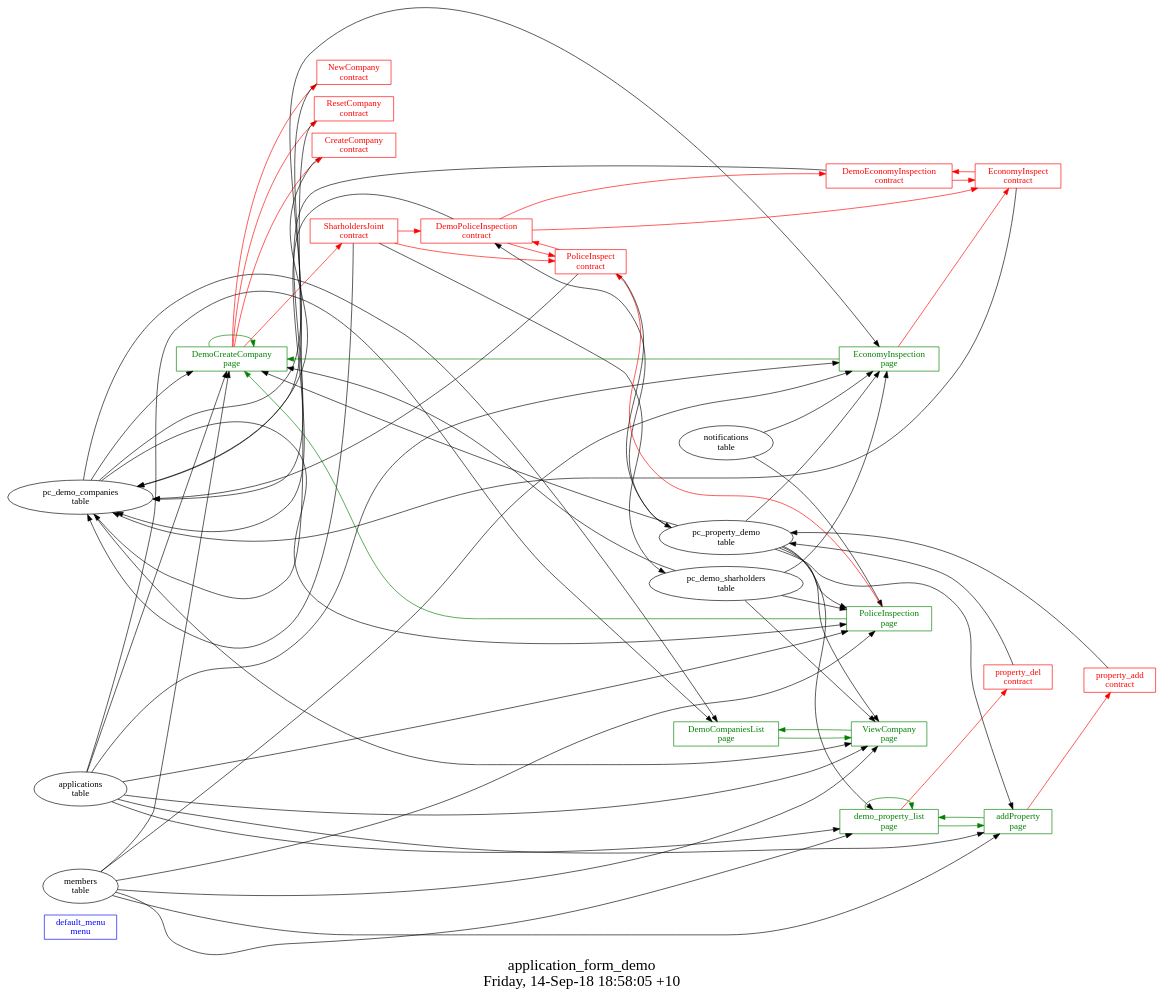
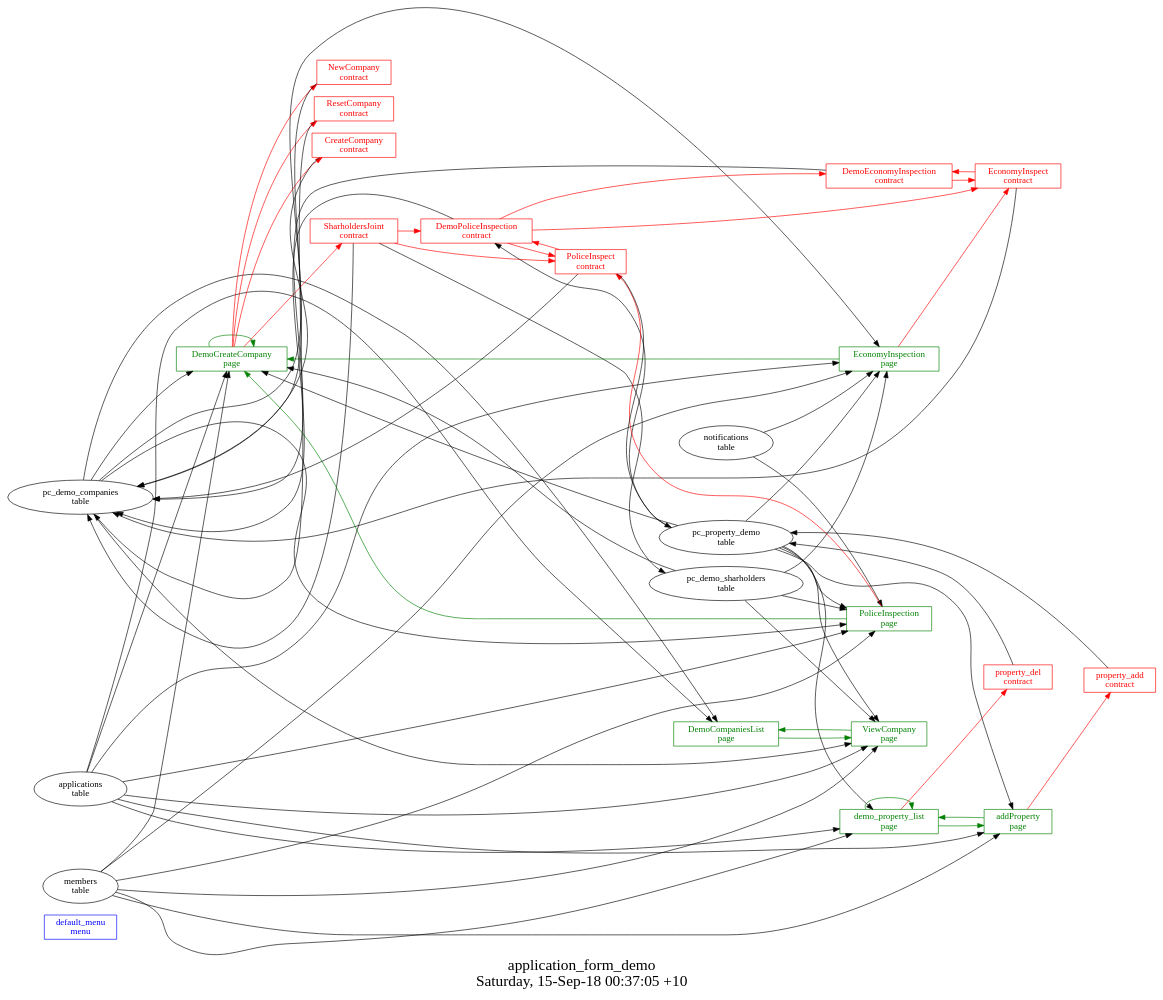
One commit to AplaProject/apps changed the diagram in quick-start-apps/application_form_demo/struct.dot. Above: the diagram before and after it, drawn with Graphviz. The commit also changed 25 other files, not shown here.

```diff
--- a/quick-start-apps/application_form_demo/struct.dot
+++ b/quick-start-apps/application_form_demo/struct.dot
@@ -1,96 +1,96 @@
 digraph G {
 fontsize="24";
-label="application_form_demo\nFriday, 14-Sep-18 18:58:05 +10";
+label="application_form_demo\nSaturday, 15-Sep-18 00:37:05 +10";
 nojustify=true;
 ordering=out;
 rankdir=LR;
 size="30";
 "default_menu\nmenu" [color=blue, fontcolor=blue, group=menus, shape=record];
 "pc_demo_companies\ntable" -> "DemoCompaniesList\npage"
 "applications\ntable" -> "DemoCompaniesList\npage"
 "DemoCompaniesList\npage" -> "ViewCompany\npage"  [ color=green ]
 "DemoCompaniesList\npage" [color=green, fontcolor=green, group=pages, shape=record];
 "DemoCreateCompany\npage" -> "NewCompany\ncontract"  [ color=red ]
 "DemoCreateCompany\npage" -> "ResetCompany\ncontract"  [ color=red ]
 "DemoCreateCompany\npage" -> "CreateCompany\ncontract"  [ color=red ]
 "DemoCreateCompany\npage" -> "SharholdersJoint\ncontract"  [ color=red ]
 "applications\ntable" -> "DemoCreateCompany\npage"
 "pc_demo_companies\ntable" -> "DemoCreateCompany\npage"
 "members\ntable" -> "DemoCreateCompany\npage"
 "pc_demo_sharholders\ntable" -> "DemoCreateCompany\npage"
 "pc_property_demo\ntable" -> "DemoCreateCompany\npage"
 "DemoCreateCompany\npage" -> "DemoCreateCompany\npage"  [ color=green ]
 "DemoCreateCompany\npage" [color=green, fontcolor=green, group=pages, shape=record];
 "EconomyInspection\npage" -> "EconomyInspect\ncontract"  [ color=red ]
 "notifications\ntable" -> "EconomyInspection\npage"
 "pc_demo_companies\ntable" -> "EconomyInspection\npage"
 "pc_property_demo\ntable" -> "EconomyInspection\npage"
 "applications\ntable" -> "EconomyInspection\npage"
 "pc_demo_sharholders\ntable" -> "EconomyInspection\npage"
 "members\ntable" -> "EconomyInspection\npage"
 "EconomyInspection\npage" -> "DemoCreateCompany\npage"  [ color=green ]
 "EconomyInspection\npage" [color=green, fontcolor=green, group=pages, shape=record];
 "PoliceInspection\npage" -> "PoliceInspect\ncontract"  [ color=red ]
 "notifications\ntable" -> "PoliceInspection\npage"
 "pc_demo_companies\ntable" -> "PoliceInspection\npage"
 "pc_property_demo\ntable" -> "PoliceInspection\npage"
 "applications\ntable" -> "PoliceInspection\npage"
 "pc_demo_sharholders\ntable" -> "PoliceInspection\npage"
 "members\ntable" -> "PoliceInspection\npage"
 "PoliceInspection\npage" -> "DemoCreateCompany\npage"  [ color=green ]
 "PoliceInspection\npage" [color=green, fontcolor=green, group=pages, shape=record];
 "pc_demo_companies\ntable" -> "ViewCompany\npage"
 "pc_property_demo\ntable" -> "ViewCompany\npage"
 "applications\ntable" -> "ViewCompany\npage"
 "pc_demo_sharholders\ntable" -> "ViewCompany\npage"
 "members\ntable" -> "ViewCompany\npage"
 "ViewCompany\npage" -> "DemoCompaniesList\npage"  [ color=green ]
 "ViewCompany\npage" [color=green, fontcolor=green, group=pages, shape=record];
 "addProperty\npage" -> "property_add\ncontract"  [ color=red ]
 "applications\ntable" -> "addProperty\npage"
 "pc_property_demo\ntable" -> "addProperty\npage"
 "members\ntable" -> "addProperty\npage"
 "addProperty\npage" -> "demo_property_list\npage"  [ color=green ]
 "addProperty\npage" [color=green, fontcolor=green, group=pages, shape=record];
 "demo_property_list\npage" -> "property_del\ncontract"  [ color=red ]
 "pc_property_demo\ntable" -> "demo_property_list\npage"
 "applications\ntable" -> "demo_property_list\npage"
 "members\ntable" -> "demo_property_list\npage"
 "demo_property_list\npage" -> "demo_property_list\npage"  [ color=green ]
 "demo_property_list\npage" -> "addProperty\npage"  [ color=green ]
 "demo_property_list\npage" [color=green, fontcolor=green, group=pages, shape=record];
 "CreateCompany\ncontract" -> "pc_demo_companies\ntable"  [ color="" ]
 "CreateCompany\ncontract" [color=red, fontcolor=red, group=contracts, shape=record];
 "DemoEconomyInspection\ncontract" -> "EconomyInspect\ncontract"  [ color=red ]
 "DemoEconomyInspection\ncontract" -> "pc_demo_companies\ntable"  [ color="" ]
 "DemoEconomyInspection\ncontract" [color=red, fontcolor=red, group=contracts, shape=record];
 "DemoPoliceInspection\ncontract" -> "DemoEconomyInspection\ncontract"  [ color=red ]
 "DemoPoliceInspection\ncontract" -> "EconomyInspect\ncontract"  [ color=red ]
 "DemoPoliceInspection\ncontract" -> "PoliceInspect\ncontract"  [ color=red ]
 "DemoPoliceInspection\ncontract" -> "pc_demo_companies\ntable"  [ color="" ]
 "pc_property_demo\ntable" -> "DemoPoliceInspection\ncontract"
 "DemoPoliceInspection\ncontract" [color=red, fontcolor=red, group=contracts, shape=record];
 "EconomyInspect\ncontract" -> "DemoEconomyInspection\ncontract"  [ color=red ]
 "EconomyInspect\ncontract" -> "pc_demo_companies\ntable"  [ color="" ]
 "EconomyInspect\ncontract" [color=red, fontcolor=red, group=contracts, shape=record];
 "NewCompany\ncontract" -> "pc_demo_companies\ntable"  [ color="" ]
 "NewCompany\ncontract" [color=red, fontcolor=red, group=contracts, shape=record];
 "PoliceInspect\ncontract" -> "DemoPoliceInspection\ncontract"  [ color=red ]
 "PoliceInspect\ncontract" -> "pc_demo_companies\ntable"  [ color="" ]
 "PoliceInspect\ncontract" -> "pc_property_demo\ntable"  [ color="" ]
 "PoliceInspect\ncontract" [color=red, fontcolor=red, group=contracts, shape=record];
 "ResetCompany\ncontract" -> "pc_demo_companies\ntable"  [ color="" ]
 "ResetCompany\ncontract" [color=red, fontcolor=red, group=contracts, shape=record];
 "SharholdersJoint\ncontract" -> "DemoPoliceInspection\ncontract"  [ color=red ]
 "SharholdersJoint\ncontract" -> "PoliceInspect\ncontract"  [ color=red ]
 "SharholdersJoint\ncontract" -> "pc_demo_sharholders\ntable"  [ color="" ]
 "SharholdersJoint\ncontract" -> "pc_demo_companies\ntable"  [ color="" ]
 "SharholdersJoint\ncontract" [color=red, fontcolor=red, group=contracts, shape=record];
 "property_add\ncontract" -> "pc_property_demo\ntable"  [ color="" ]
 "property_add\ncontract" [color=red, fontcolor=red, group=contracts, shape=record];
 "property_del\ncontract" -> "pc_property_demo\ntable"  [ color="" ]
 "property_del\ncontract" [color=red, fontcolor=red, group=contracts, shape=record];
 "pc_demo_companies\ntable" [color="", fontcolor="", group=tables, shape=""];
 "pc_demo_sharholders\ntable" [color="", fontcolor="", group=tables, shape=""];
 "pc_property_demo\ntable" [color="", fontcolor="", group=tables, shape=""];
 }
```
